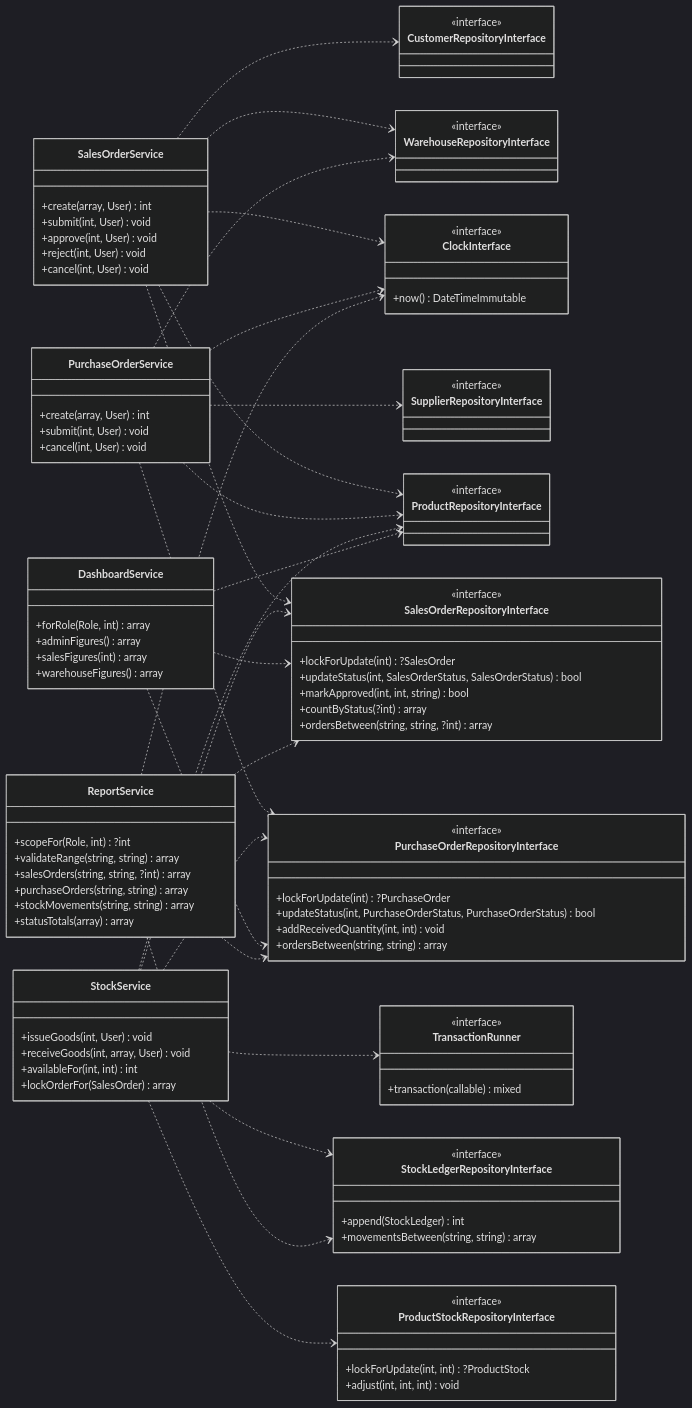
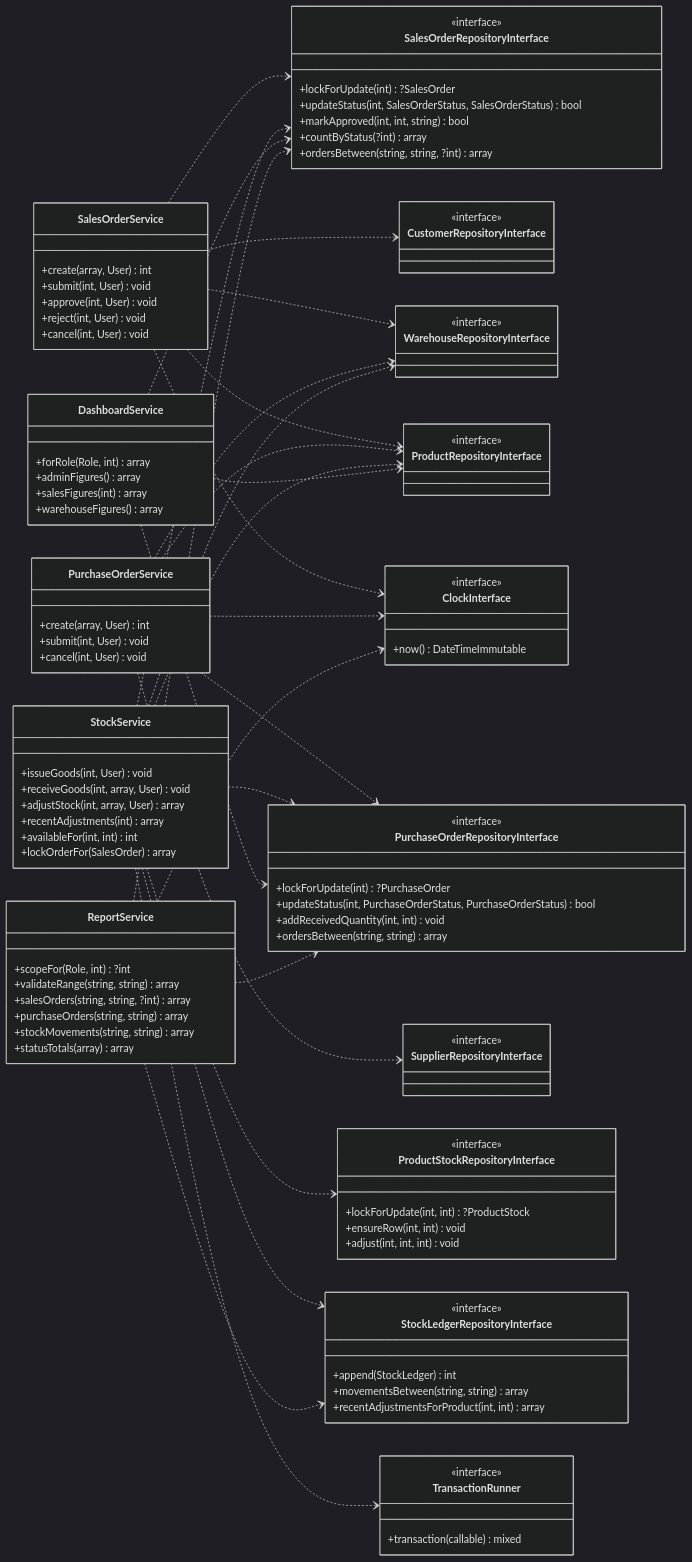
Before and after one commit to WillyMocha/inventory-order-management-system: the first of 4 diagrams in docs/architecture/class-diagram-as-built.md, drawn with Mermaid (dark theme). The commit also changed other lines of this file and 53 other files, not shown here.

```diff
--- a/docs/architecture/class-diagram-as-built.md
+++ b/docs/architecture/class-diagram-as-built.md
@@ -54,6 +54,8 @@
     class StockService {
         +issueGoods(int, User) void
         +receiveGoods(int, array, User) void
+        +adjustStock(int, array, User) array
+        +recentAdjustments(int) array
         +availableFor(int, int) int
         +lockOrderFor(SalesOrder) array
     }
@@ -90,12 +92,14 @@
     class ProductStockRepositoryInterface {
         <<interface>>
         +lockForUpdate(int, int) ?ProductStock
+        +ensureRow(int, int) void
         +adjust(int, int, int) void
     }
     class StockLedgerRepositoryInterface {
         <<interface>>
         +append(StockLedger) int
         +movementsBetween(string, string) array
+        +recentAdjustmentsForProduct(int, int) array
     }
     class ProductRepositoryInterface {
         <<interface>>
@@ -135,6 +139,7 @@
     StockService ..> ProductStockRepositoryInterface
     StockService ..> StockLedgerRepositoryInterface
     StockService ..> ProductRepositoryInterface
+    StockService ..> WarehouseRepositoryInterface
     StockService ..> TransactionRunner
 
     DashboardService ..> ProductRepositoryInterface
```
